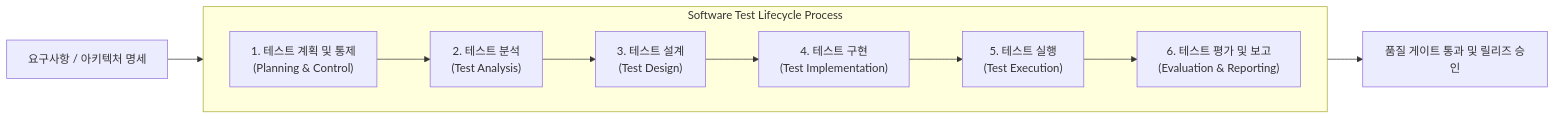
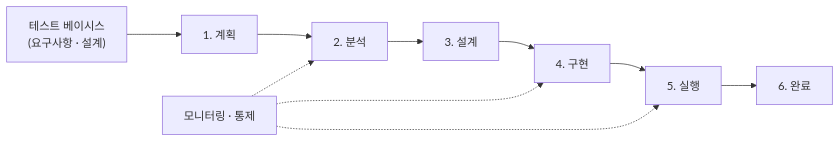
Before and after one commit to supremethumb/supremethumb.github.io: the diagram in content/01_IT Tech/Test Process.md, drawn with Mermaid. The commit also changed other lines of this file and 1087 other files, not shown here.

````diff
--- a/content/01_IT Tech/Test Process.md
+++ b/content/01_IT Tech/Test Process.md
@@ -23,15 +35,12 @@
 ```mermaid
 flowchart LR
-    subgraph TestProcess["Software Test Lifecycle Process"]
-        direction LR
-        P1["1. 테스트 계획 및 통제<br/>(Planning & Control)"] --> P2["2. 테스트 분석<br/>(Test Analysis)"]
-        P2 --> P3["3. 테스트 설계<br/>(Test Design)"]
-        P3 --> P4["4. 테스트 구현<br/>(Test Implementation)"]
-        P4 --> P5["5. 테스트 실행<br/>(Test Execution)"]
-        P5 --> P6["6. 테스트 평가 및 보고<br/>(Evaluation & Reporting)"]
-    end
-
-    REQ["요구사항 / 아키텍처 명세"] --> P1
-    P6 --> OUT["품질 게이트 통과 및 릴리즈 승인"]
-
+    BASIS["테스트 베이시스<br/>(요구사항 · 설계)"] --> P1["1. 계획"]
+    P1 --> P2["2. 분석"]
+    P2 --> P3["3. 설계"]
+    P3 --> P4["4. 구현"]
+    P4 --> P5["5. 실행"]
+    P5 --> P6["6. 완료"]
+    MC["모니터링 · 통제"] -.-> P2
+    MC -.-> P4
+    MC -.-> P5
 ```
````
